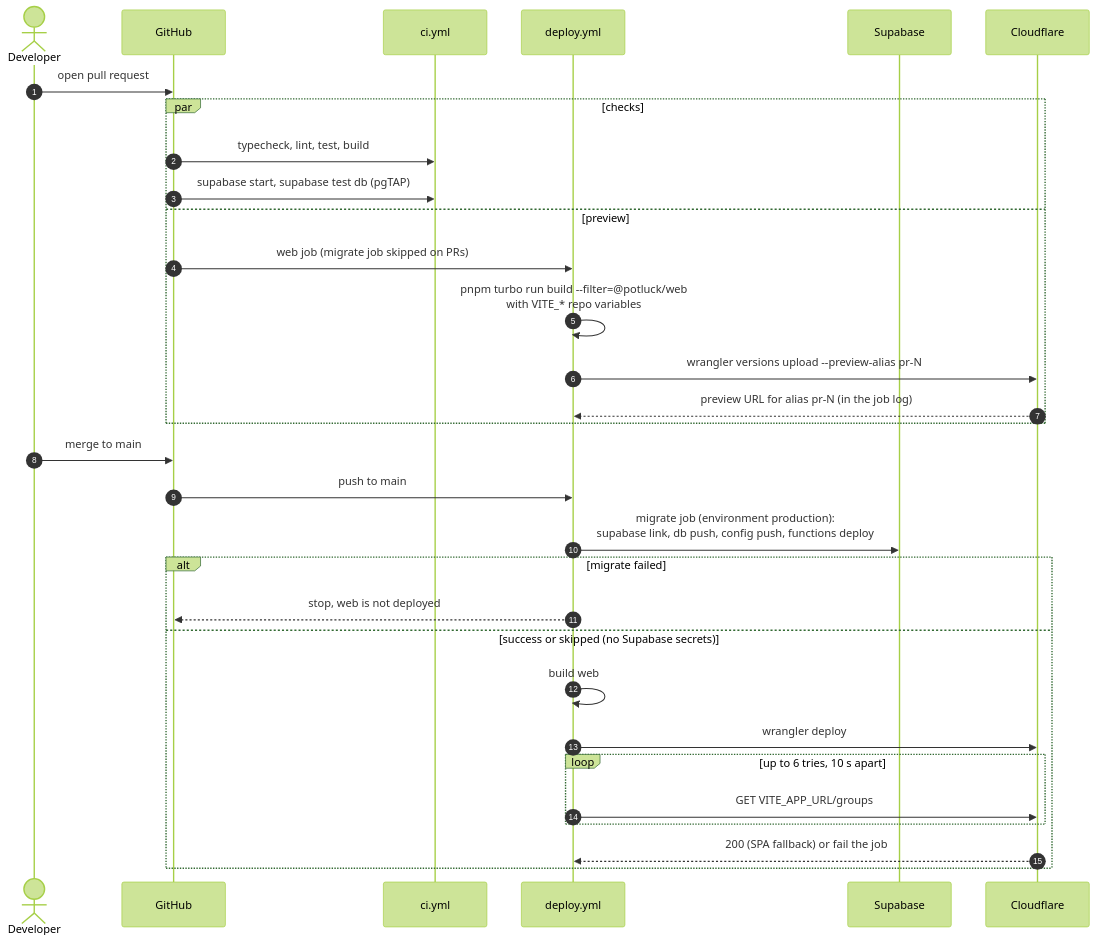
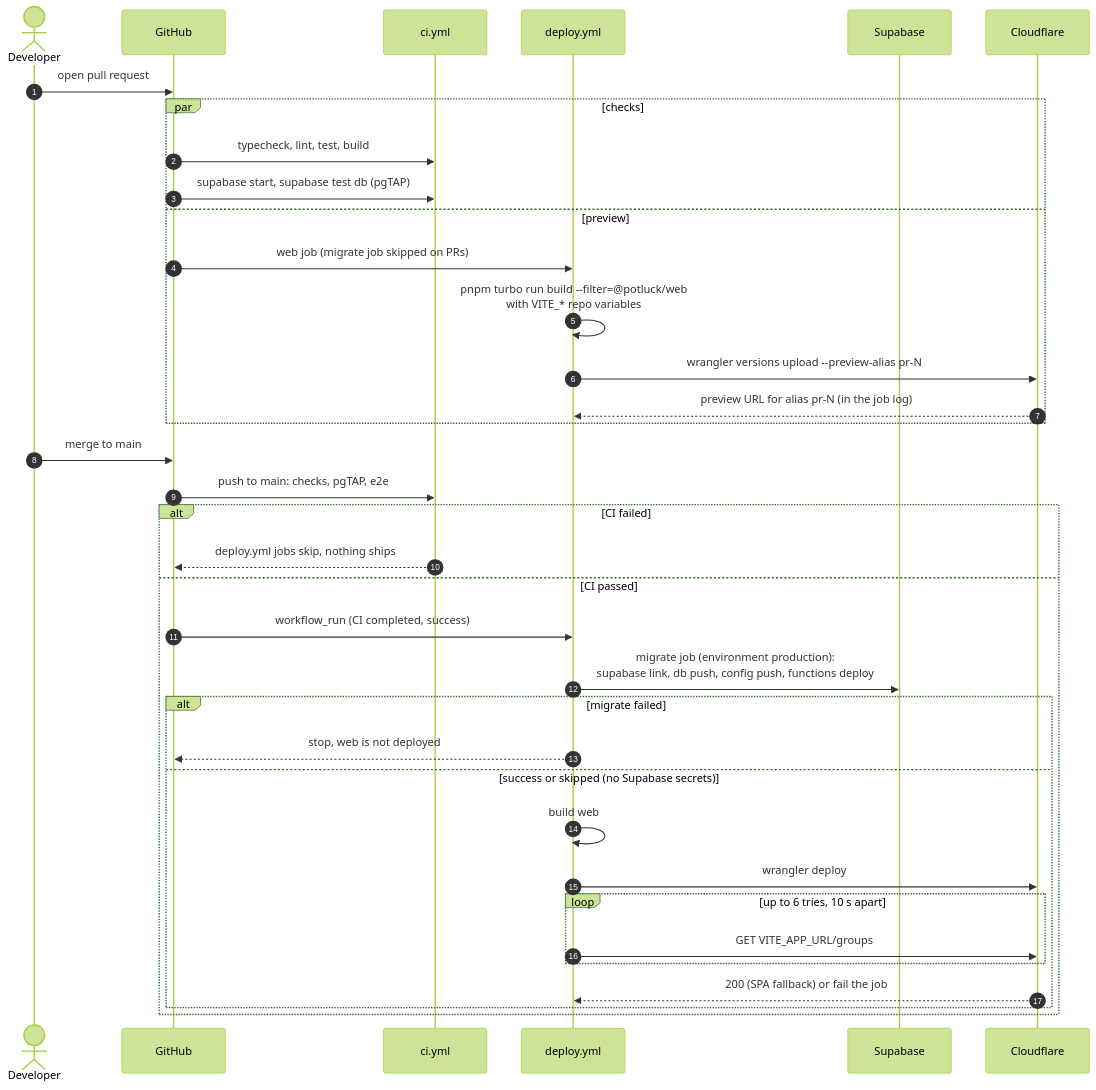
One commit to Fermulate/potluck changed diagram 14 of 14 in docs/sequences.md. Above: the diagram before and after it, drawn with Mermaid (forest theme). The commit also changed other lines of this file and 1 other file, not shown here.

Commit message:
docs: production deploys wait for green CI

````diff
--- a/docs/sequences.md
+++ b/docs/sequences.md
@@ -446,34 +446,39 @@
 ```mermaid
 sequenceDiagram
   autonumber
   actor D as Developer
   participant GH as GitHub
   participant CI as ci.yml
   participant DP as deploy.yml
   participant SB as Supabase
   participant CF as Cloudflare
 
   D->>GH: open pull request
   par checks
     GH->>CI: typecheck, lint, test, build
     GH->>CI: supabase start, supabase test db (pgTAP)
   and preview
     GH->>DP: web job (migrate job skipped on PRs)
     DP->>DP: pnpm turbo run build --filter=@potluck/web<br/>with VITE_* repo variables
     DP->>CF: wrangler versions upload --preview-alias pr-N
     CF-->>DP: preview URL for alias pr-N (in the job log)
   end
   D->>GH: merge to main
-  GH->>DP: push to main
+  GH->>CI: push to main: checks, pgTAP, e2e
+  alt CI failed
+    CI-->>GH: deploy.yml jobs skip, nothing ships
+  else CI passed
+  GH->>DP: workflow_run (CI completed, success)
   DP->>SB: migrate job (environment production):<br/>supabase link, db push, config push, functions deploy
   alt migrate failed
     DP-->>GH: stop, web is not deployed
   else success or skipped (no Supabase secrets)
     DP->>DP: build web
     DP->>CF: wrangler deploy
     loop up to 6 tries, 10 s apart
       DP->>CF: GET VITE_APP_URL/groups
     end
     CF-->>DP: 200 (SPA fallback) or fail the job
   end
+  end
 ```
````
